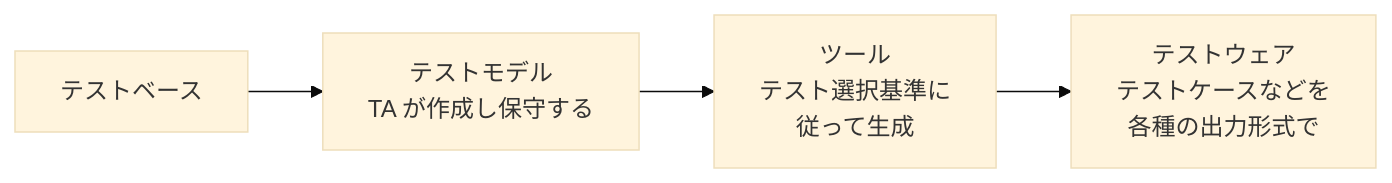
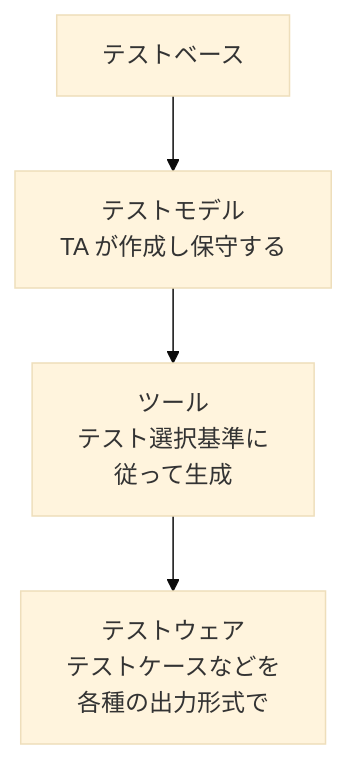
Before and after one commit to ozaki25/jstqb-foundation-training-ozaki25: the diagram in sites/al-ta/docs/lessons/lesson22/index.md, drawn with Mermaid (base theme). The commit also changed 8 other files, not shown here.

First line of the commit message:
AL-TA: レッスンの図をスマホ幅に収める（lesson14〜27）

````diff
--- a/sites/al-ta/docs/lessons/lesson22/index.md
+++ b/sites/al-ta/docs/lessons/lesson22/index.md
@@ -15,6 +15,6 @@
 ```mermaid
-flowchart LR
+flowchart TB
     B[テストベース] --> M[テストモデル\nTA が作成し保守する]
     M --> T[ツール\nテスト選択基準に\n従って生成]
     T --> W[テストウェア\nテストケースなどを\n各種の出力形式で]
 ```
````
